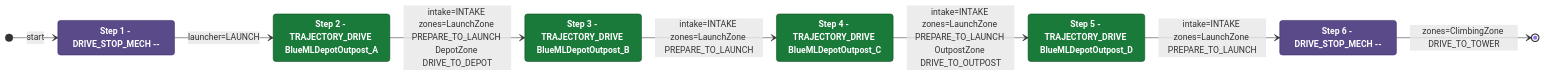
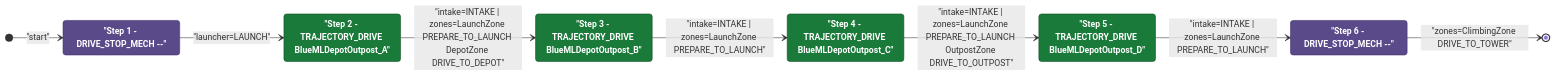
One commit to Team302/2026Rebuilt changed the diagram in documents/auton/BlueBDepLaunch0DepOutScoreClimb.md. Above: the diagram before and after it, drawn with Mermaid. The commit also changed 242 other files, not shown here.

Commit message:
Regenerated diagrams with fixed red

````diff
--- a/documents/auton/BlueBDepLaunch0DepOutScoreClimb.md
+++ b/documents/auton/BlueBDepLaunch0DepOutScoreClimb.md
@@ -8,30 +8,30 @@
 ```mermaid
 stateDiagram-v2
     direction LR
 
     %% Green = intake active, Purple = intake off
     classDef intake  fill:#1a7a3a,color:#ffffff,stroke:#0d4a1f,font-weight:bold
     classDef noIntake fill:#5a4a8a,color:#ffffff,stroke:#3a2a6a,font-weight:bold
 
-    Step1 : Step 1 - DRIVE_STOP_MECH --
-    Step2 : Step 2 - TRAJECTORY_DRIVE BlueMLDepotOutpost_A
-    Step3 : Step 3 - TRAJECTORY_DRIVE BlueMLDepotOutpost_B
-    Step4 : Step 4 - TRAJECTORY_DRIVE BlueMLDepotOutpost_C
-    Step5 : Step 5 - TRAJECTORY_DRIVE BlueMLDepotOutpost_D
-    Step6 : Step 6 - DRIVE_STOP_MECH --
+    Step1 : "Step 1 - DRIVE_STOP_MECH --"
+    Step2 : "Step 2 - TRAJECTORY_DRIVE BlueMLDepotOutpost_A"
+    Step3 : "Step 3 - TRAJECTORY_DRIVE BlueMLDepotOutpost_B"
+    Step4 : "Step 4 - TRAJECTORY_DRIVE BlueMLDepotOutpost_C"
+    Step5 : "Step 5 - TRAJECTORY_DRIVE BlueMLDepotOutpost_D"
+    Step6 : "Step 6 - DRIVE_STOP_MECH --"
 
     class Step1 noIntake
     class Step2 intake
     class Step3 intake
     class Step4 intake
     class Step5 intake
     class Step6 noIntake
 
-    [*] --> Step1 : start
-    Step1 --> Step2: launcher=LAUNCH
-    Step2 --> Step3: intake=INTAKE zones=LaunchZone PREPARE_TO_LAUNCH DepotZone DRIVE_TO_DEPOT
-    Step3 --> Step4: intake=INTAKE zones=LaunchZone PREPARE_TO_LAUNCH
-    Step4 --> Step5: intake=INTAKE zones=LaunchZone PREPARE_TO_LAUNCH OutpostZone DRIVE_TO_OUTPOST
-    Step5 --> Step6: intake=INTAKE zones=LaunchZone PREPARE_TO_LAUNCH
-    Step6 --> [*]: zones=ClimbingZone DRIVE_TO_TOWER
+    [*] --> Step1 : "start"
+    Step1 --> Step2: "launcher=LAUNCH"
+    Step2 --> Step3: "intake=INTAKE | zones=LaunchZone PREPARE_TO_LAUNCH DepotZone DRIVE_TO_DEPOT"
+    Step3 --> Step4: "intake=INTAKE | zones=LaunchZone PREPARE_TO_LAUNCH"
+    Step4 --> Step5: "intake=INTAKE | zones=LaunchZone PREPARE_TO_LAUNCH OutpostZone DRIVE_TO_OUTPOST"
+    Step5 --> Step6: "intake=INTAKE | zones=LaunchZone PREPARE_TO_LAUNCH"
+    Step6 --> [*]: "zones=ClimbingZone DRIVE_TO_TOWER"
 ```
````
